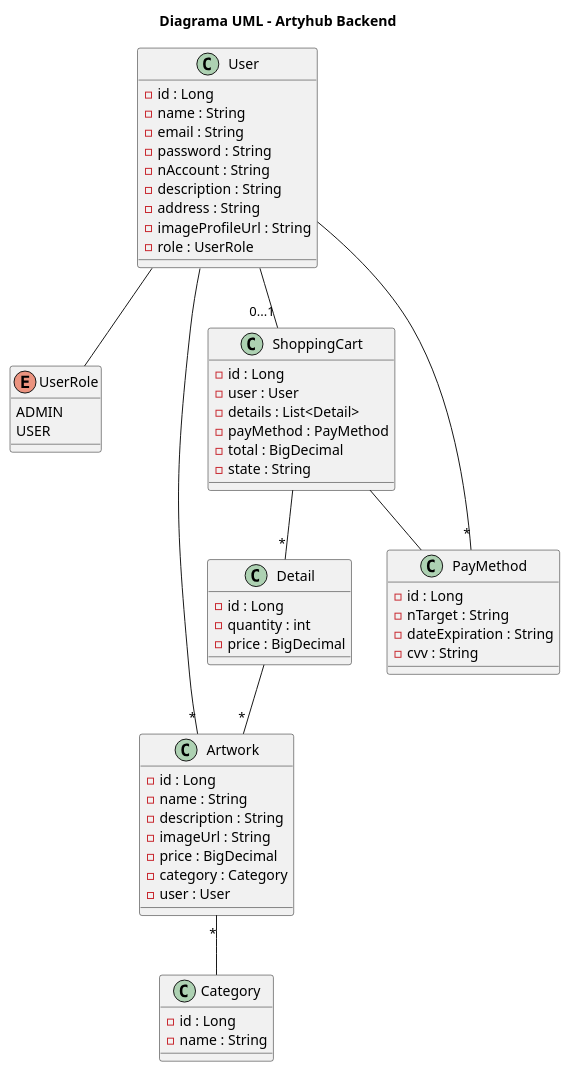
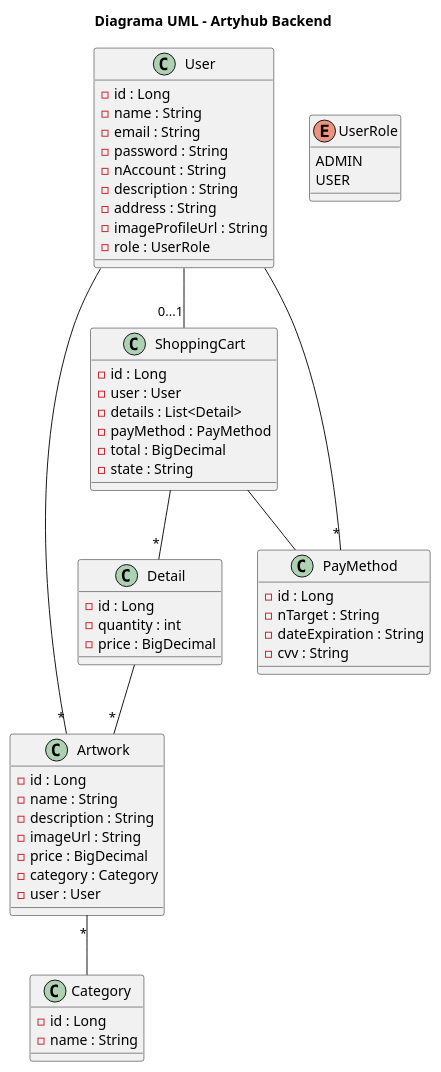
Before and after one commit to ArtyHub-Mislata/tienda-back: the diagram in docs/uml/artyhub-back.puml, drawn with PlantUML.

Commit message:
fix(ArtyHub-Mislata/sprints#12): Corregido el uml

```diff
--- a/docs/uml/artyhub-back.puml
+++ b/docs/uml/artyhub-back.puml
@@ -1,72 +1,71 @@
 @startuml
 
 title Diagrama UML - Artyhub Backend
 
 class User {
     - id : Long
     - name : String
     - email : String
     - password : String
     - nAccount : String
     - description : String
     - address : String
     - imageProfileUrl : String
     - role : UserRole
 }
 
 enum UserRole {
     ADMIN
     USER
 }
 
 class Artwork {
     - id : Long
     - name : String
     - description : String
     - imageUrl : String
     - price : BigDecimal
     - category : Category
     - user : User
 }
 
 class Category {
     - id : Long
     - name : String
 }
 
 class Detail {
     - id : Long
     - quantity : int
     - price : BigDecimal
 }
 
 class ShoppingCart {
     - id : Long
     - user : User
     - details : List<Detail>
     - payMethod : PayMethod
     - total : BigDecimal
     - state : String
 }
 
 class PayMethod {
     - id : Long
     - nTarget : String
     - dateExpiration : String
     - cvv : String
 }
 
 User -- "*" Artwork
 User -- "0...1" ShoppingCart
 User -- "*" PayMethod
-User -- UserRole
 
 Artwork "*" -- Category
 
 ShoppingCart -- "*" Detail
 ShoppingCart -- PayMethod
 
 Detail -- "*" Artwork
 
 
 @enduml
```
